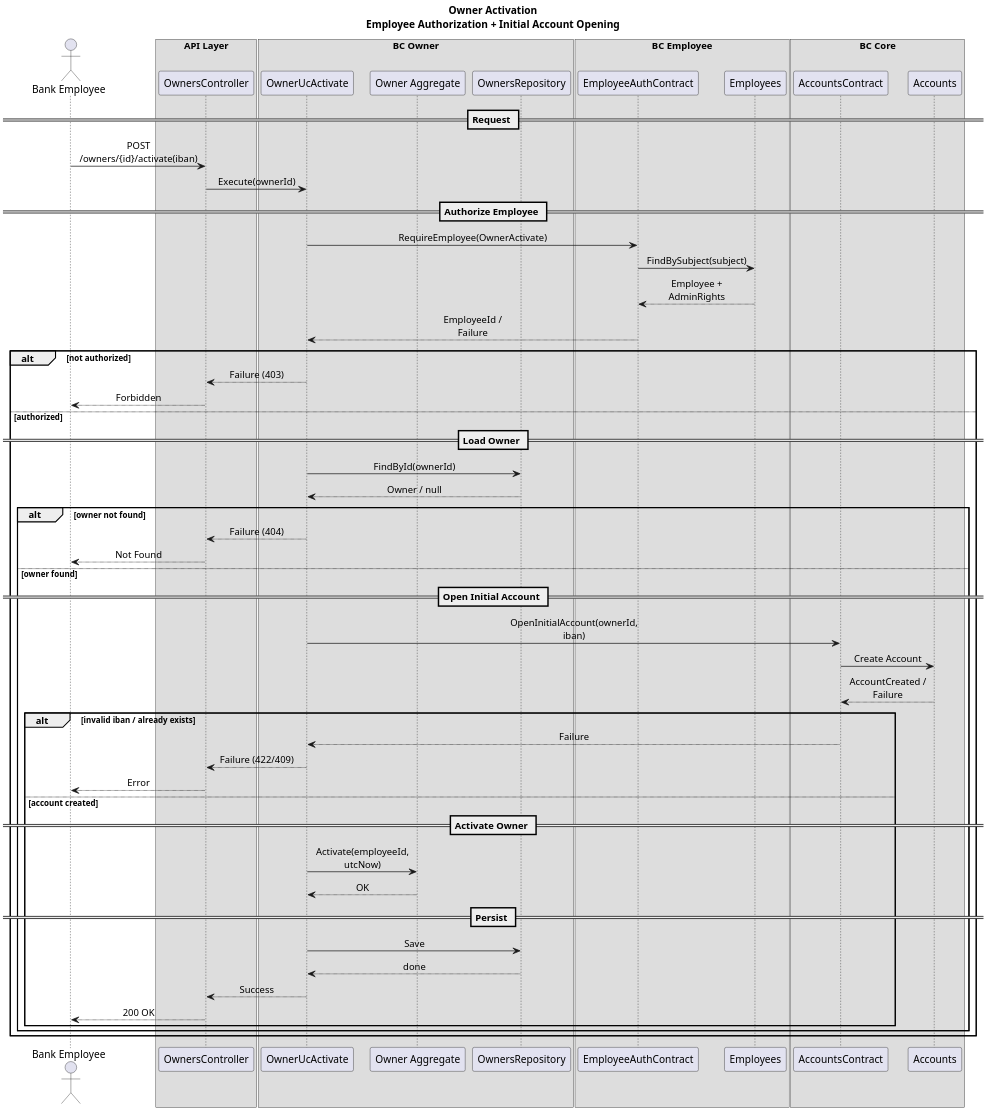
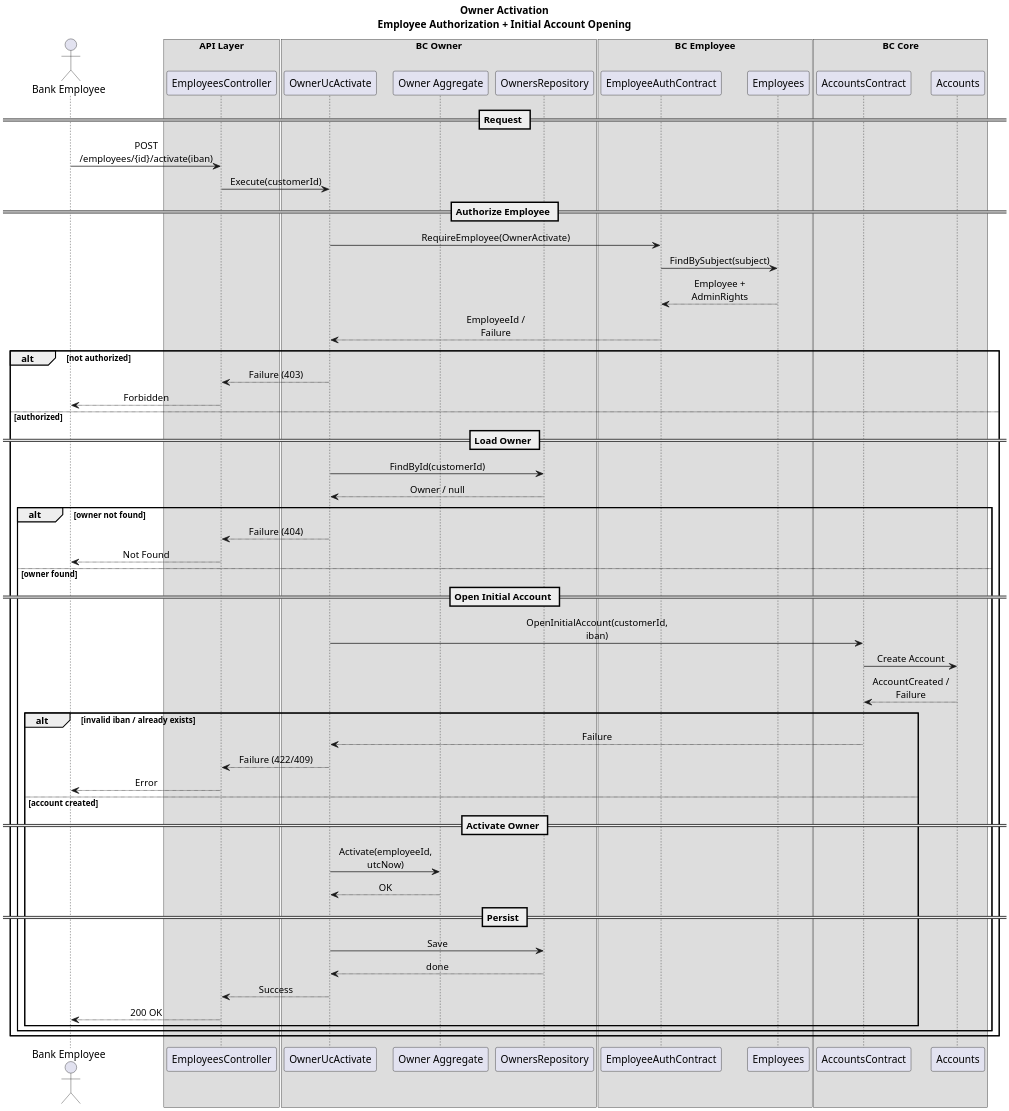
One commit to berndRog/Banking26DDD changed the diagram in BankingApi/1UML/Owner_UC_Activate/Activate_00.puml. Above: the diagram before and after it, drawn with PlantUML. The commit also changed 142 other files, not shown here.

```diff
--- a/BankingApi/1UML/Owner_UC_Activate/Activate_00.puml
+++ b/BankingApi/1UML/Owner_UC_Activate/Activate_00.puml
@@ -1,79 +1,79 @@
 @startuml
 scale 1.2
 skinparam dpi 200
 skinparam shadowing false
 skinparam sequenceMessageAlign center
 skinparam responseMessageBelowArrow true
 skinparam maxMessageSize 120
 
 title Owner Activation\nEmployee Authorization + Initial Account Opening
 
 actor "Bank Employee" as User
 
 box "API Layer"
-participant "OwnersController" as API
+participant "EmployeesController" as API
 end box
 
 box "BC Owner"
 participant "OwnerUcActivate" as UcActivate
 participant "Owner Aggregate" as Owner
 participant "OwnersRepository" as OwnerRepo
 end box
 
 box "BC Employee"
 participant "EmployeeAuthContract" as EmpContract
 participant "Employees" as Employees
 end box
 
 box "BC Core"
 participant "AccountsContract" as AccContract
 participant "Accounts" as Accounts
 end box
 
 == Request ==
-User -> API : POST /owners/{id}/activate(iban)
-API -> UcActivate : Execute(ownerId)
+User -> API : POST /employees/{id}/activate(iban)
+API -> UcActivate : Execute(customerId)
 
 == Authorize Employee ==
 UcActivate -> EmpContract : RequireEmployee(OwnerActivate)
 EmpContract -> Employees : FindBySubject(subject)
 Employees --> EmpContract : Employee + AdminRights
 EmpContract --> UcActivate : EmployeeId / Failure
 
 alt not authorized
     UcActivate --> API : Failure (403)
     API --> User : Forbidden
 else authorized
     == Load Owner ==
-    UcActivate -> OwnerRepo : FindById(ownerId)
+    UcActivate -> OwnerRepo : FindById(customerId)
     OwnerRepo --> UcActivate : Owner / null
 
     alt owner not found
         UcActivate --> API : Failure (404)
         API --> User : Not Found
     else owner found
         == Open Initial Account ==
-        UcActivate -> AccContract : OpenInitialAccount(ownerId, iban)
+        UcActivate -> AccContract : OpenInitialAccount(customerId, iban)
         AccContract -> Accounts : Create Account
         Accounts --> AccContract : AccountCreated / Failure
 
         alt invalid iban / already exists
             AccContract --> UcActivate : Failure
             UcActivate --> API : Failure (422/409)
             API --> User : Error
         else account created
             == Activate Owner ==
             UcActivate -> Owner : Activate(employeeId, utcNow)
             Owner --> UcActivate : OK
 
             == Persist ==
             UcActivate -> OwnerRepo : Save
             OwnerRepo --> UcActivate : done
 
             UcActivate --> API : Success
             API --> User : 200 OK
         end
     end
 end
 
 @enduml
```
